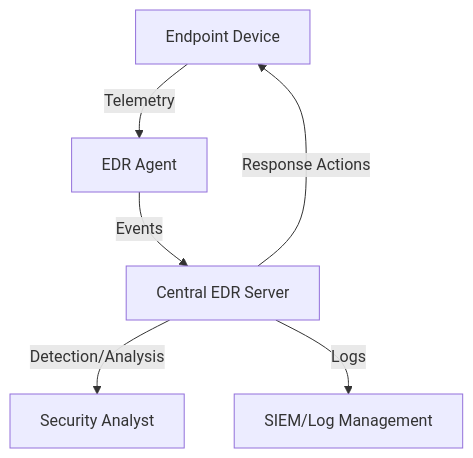
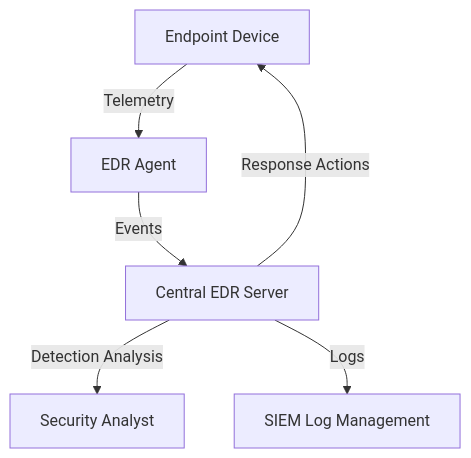
One commit to TheHaywire/special-waffle changed the first of 2 diagrams in docs/architecture/endpoint_security.md. Above: the diagram before and after it, drawn with Mermaid. The commit also changed other lines of this file and 9 other files, not shown here.

Commit message:
fix(docs): systematically fix all Mermaid diagrams for compatibility and clarity across architecture and industry guides

````diff
--- a/docs/architecture/endpoint_security.md
+++ b/docs/architecture/endpoint_security.md
@@ -11,8 +11,8 @@
 ```mermaid
 flowchart TD
     A[Endpoint Device] -->|Telemetry| B[EDR Agent]
     B -->|Events| C[Central EDR Server]
-    C -->|Detection/Analysis| D[Security Analyst]
+    C -->|Detection Analysis| D[Security Analyst]
     C -->|Response Actions| A
-    C -->|Logs| E[SIEM/Log Management]
+    C -->|Logs| E[SIEM Log Management]
 ```
````
